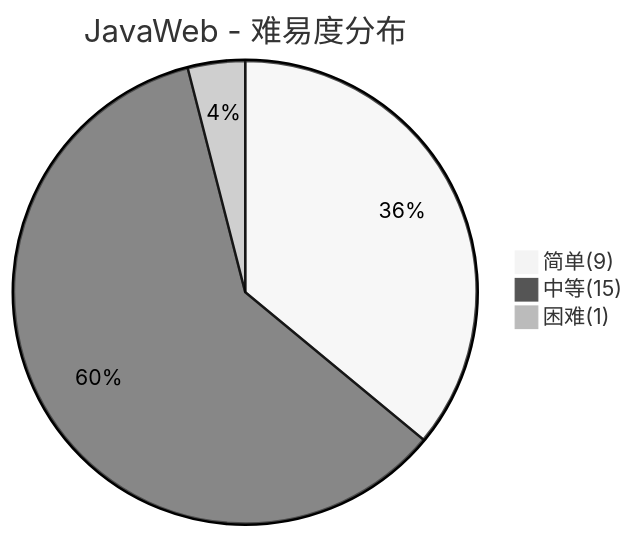
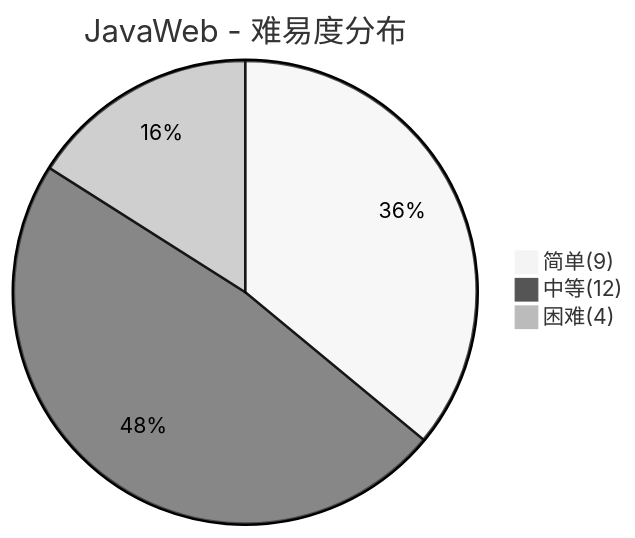
One commit to dunwu/waterdrop changed the first of 6 diagrams in docs/99.面试/Java框架面试.md. Above: the diagram before and after it, drawn with Mermaid (neutral theme). The commit also changed other lines of this file and 73 other files, not shown here.

````diff
--- a/docs/99.面试/Java框架面试.md
+++ b/docs/99.面试/Java框架面试.md
@@ -28,6 +28,6 @@
 ```mermaid
 pie title JavaWeb - 难易度分布
     "简单(9)" : 9
-    "中等(15)" : 15
-    "困难(1)" : 1
+    "中等(12)" : 12
+    "困难(4)" : 4
 ```
````
